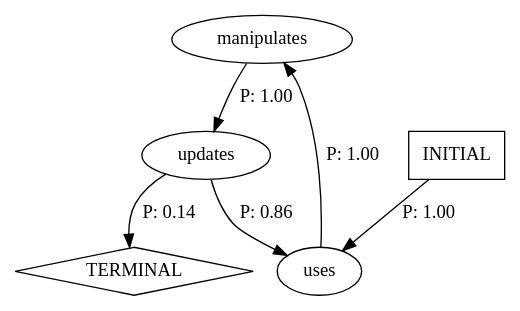
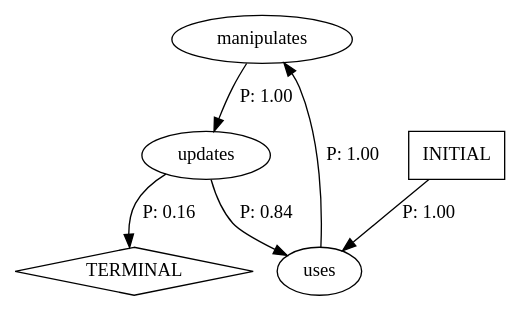
One commit to SeanHung06/cs520 changed the diagram in tictactoe-v01/rowGameApp-arch.dot. Above: the diagram before and after it, drawn with Graphviz. The commit also changed 2 other files, not shown here.

```diff
--- a/tictactoe-v01/rowGameApp-arch.dot
+++ b/tictactoe-v01/rowGameApp-arch.dot
@@ -1,12 +1,12 @@
 digraph G {
   0 [label="manipulates"];
   1 [label="updates"];
   2 [label="uses"];
   3 [label="TERMINAL",shape=diamond];
   4 [label="INITIAL",shape=box];
 0->1 [label="P: 1.00"];
-1->2 [label="P: 0.86"];
-1->3 [label="P: 0.14"];
+1->2 [label="P: 0.84"];
+1->3 [label="P: 0.16"];
 2->0 [label="P: 1.00"];
 4->2 [label="P: 1.00"];
 }
```
